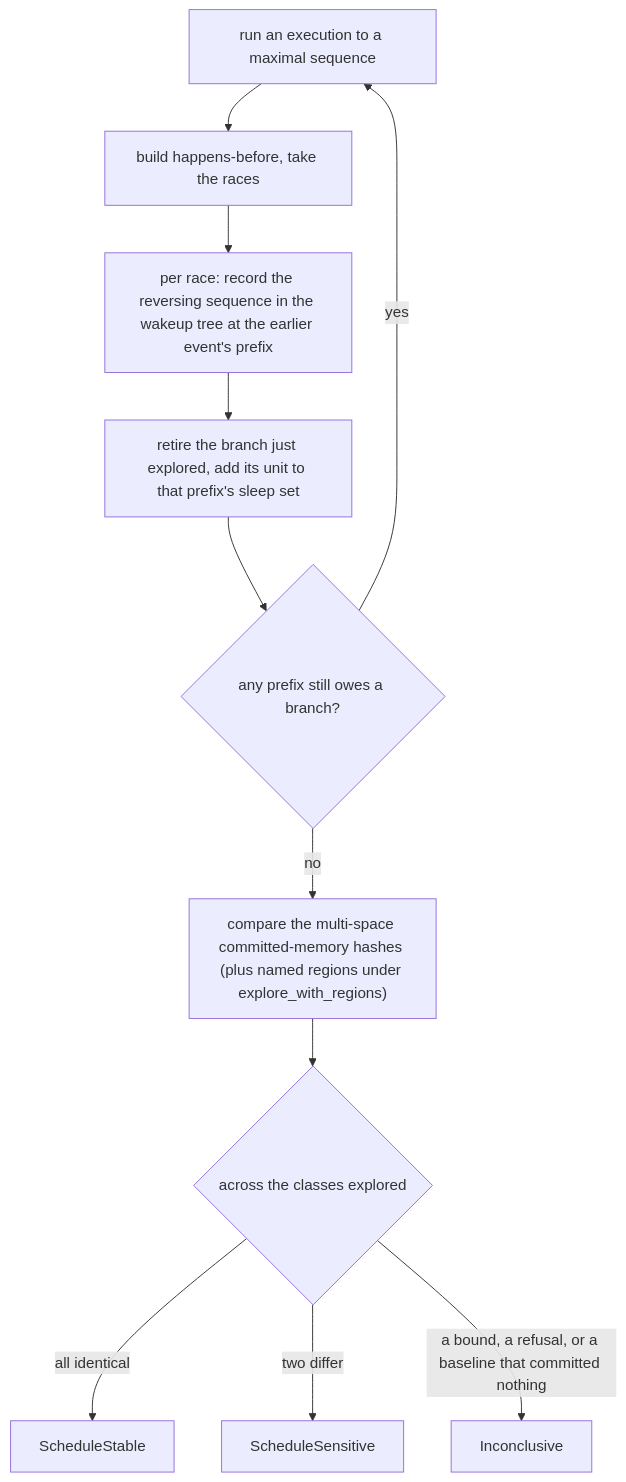
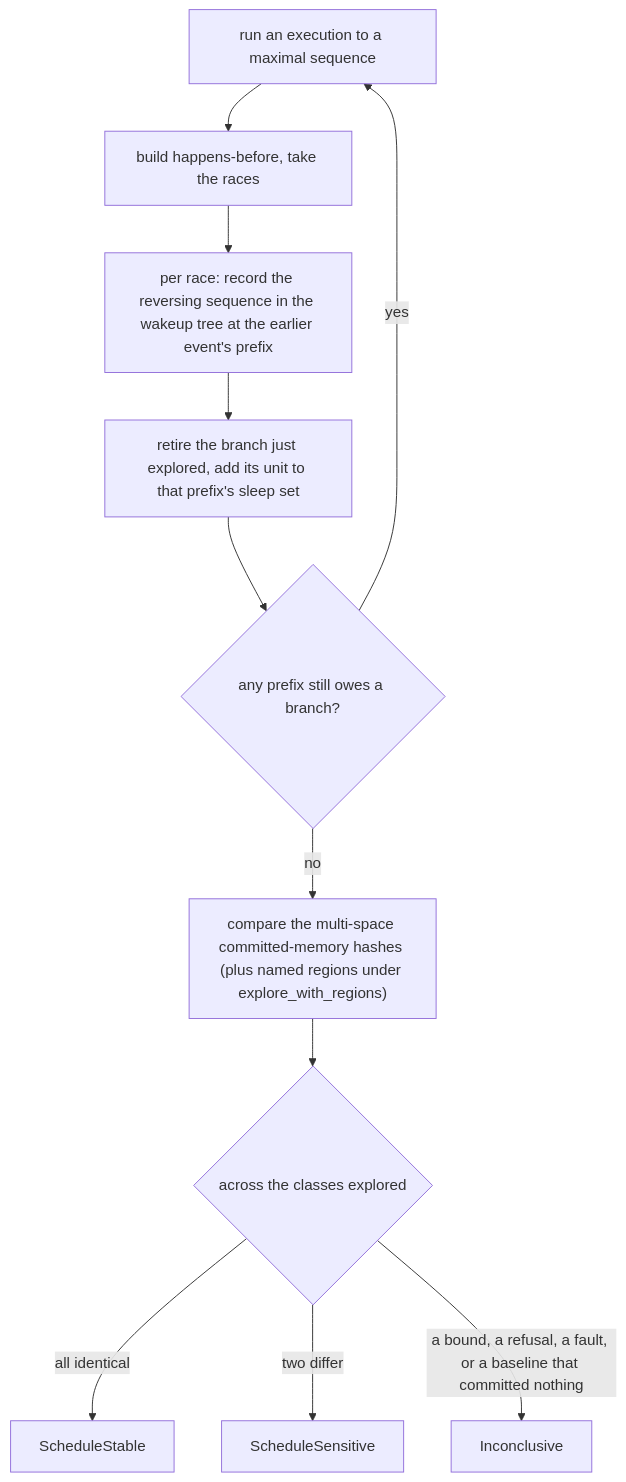
One commit to RoyalAce22/CellGov changed the diagram in docs/architecture/schedule_exploration.md. Above: the diagram before and after it, drawn with Mermaid. The commit also changed 9 other files, not shown here.

Commit message:
fix(explore,cli): a guest fault is not a model refusal

````diff
--- a/docs/architecture/schedule_exploration.md
+++ b/docs/architecture/schedule_exploration.md
@@ -31,13 +31,13 @@
 ```mermaid
 flowchart TD
   run["run an execution to a maximal sequence"] --> races["build happens-before, take the races"]
   races --> owe["per race: record the reversing sequence in the wakeup tree at the earlier event's prefix"]
   owe --> back["retire the branch just explored, add its unit to that prefix's sleep set"]
   back --> next{"any prefix still owes a branch?"}
   next -->|yes| run
   next -->|no| hash["compare the multi-space committed-memory hashes (plus named regions under explore_with_regions)"]
   hash --> cls{"across the classes explored"}
   cls -->|all identical| stable["ScheduleStable"]
   cls -->|two differ| sens["ScheduleSensitive"]
-  cls -->|"a bound, a refusal, or a baseline that committed nothing"| inc["Inconclusive"]
+  cls -->|"a bound, a refusal, a fault, or a baseline that committed nothing"| inc["Inconclusive"]
 ```
````
